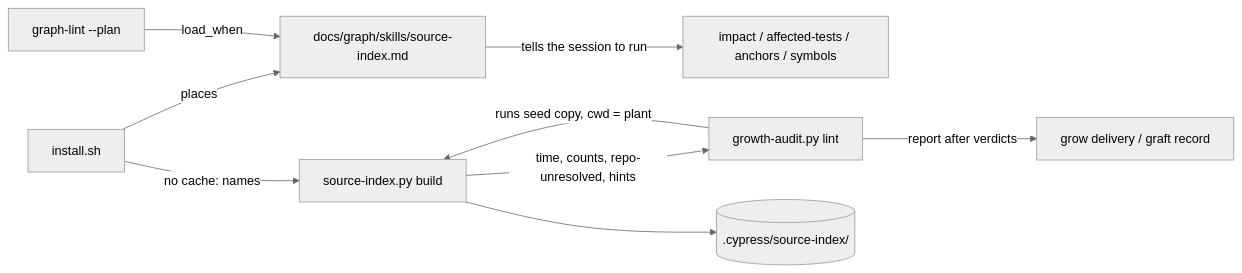
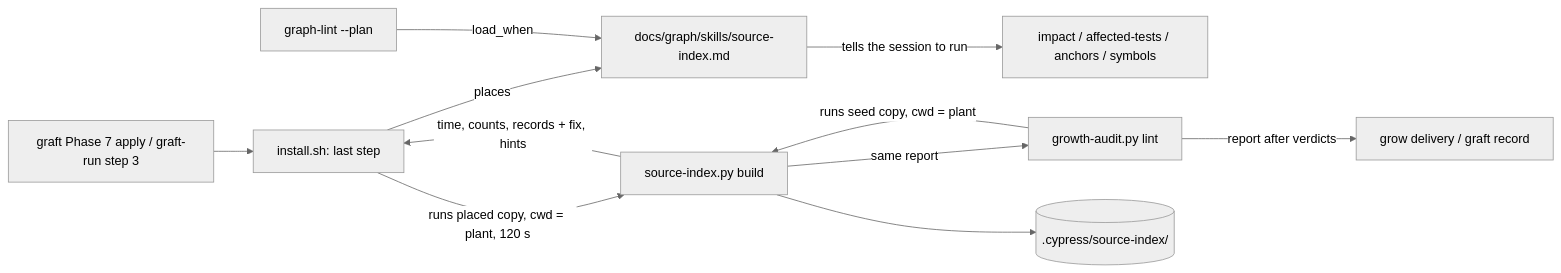
One commit to llopresto87/Cypress changed the diagram in docs/plans/grill-8.1.2-tool-surfacing.md. Above: the diagram before and after it, drawn with Mermaid (neutral theme). The commit also changed other lines of this file and 3 other files, not shown here.

Commit message:
spec(SPEC-0007): 8.1.2 install, graft and growth run the build (owner ruling); ADR-0029 amendment, ADR-0030

````diff
--- a/docs/plans/grill-8.1.2-tool-surfacing.md
+++ b/docs/plans/grill-8.1.2-tool-surfacing.md
@@ -93,11 +110,13 @@
 ```mermaid
 flowchart LR
-  I[install.sh] -->|places| S[docs/graph/skills/source-index.md]
-  I -->|no cache: names| B[source-index.py build]
+  I[install.sh: last step] -->|places| S[docs/graph/skills/source-index.md]
+  I -->|runs placed copy, cwd = plant, 120 s| B[source-index.py build]
+  T[graft Phase 7 apply / graft-run step 3] --> I
   R[graph-lint --plan] -->|load_when| S
   S -->|tells the session to run| Q[impact / affected-tests / anchors / symbols]
   G[growth-audit.py lint] -->|runs seed copy, cwd = plant| B
   B --> C[(.cypress/source-index/)]
-  B -->|time, counts, repo-unresolved, hints| G
+  B -->|time, counts, records + fix, hints| I
+  B -->|same report| G
   G -->|report after verdicts| P[grow delivery / graft record]
 ```
````
